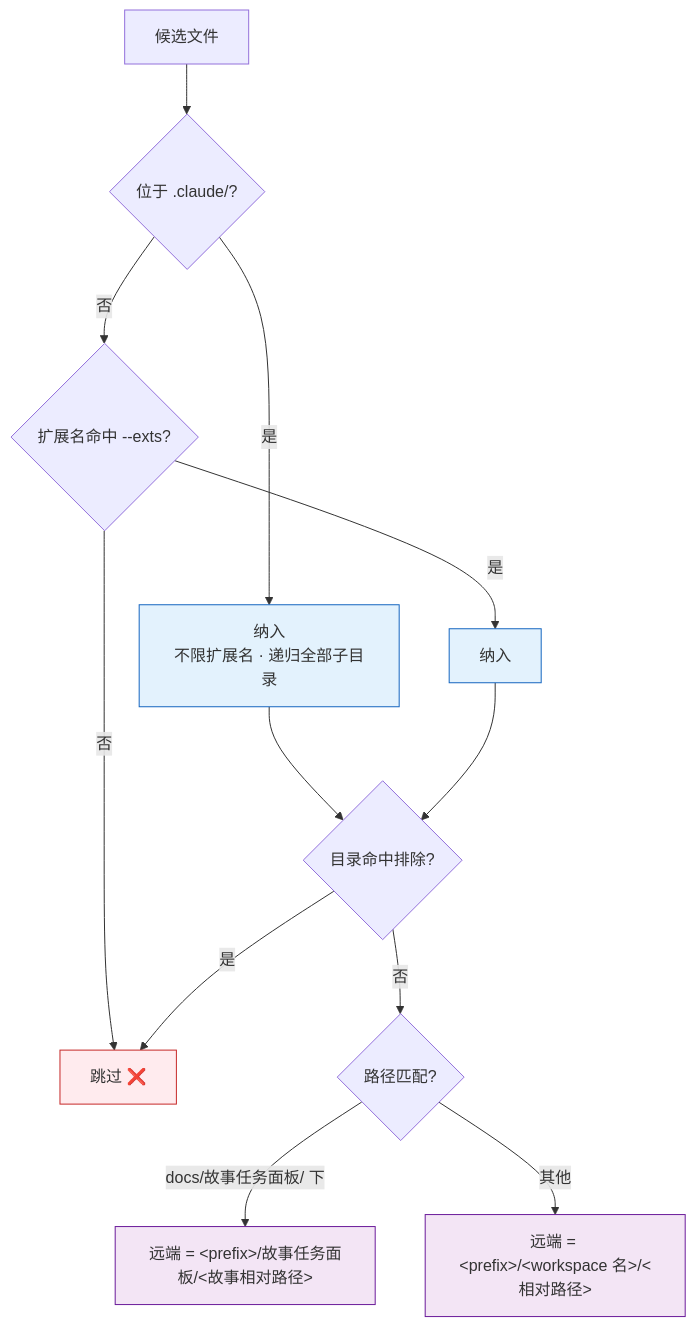
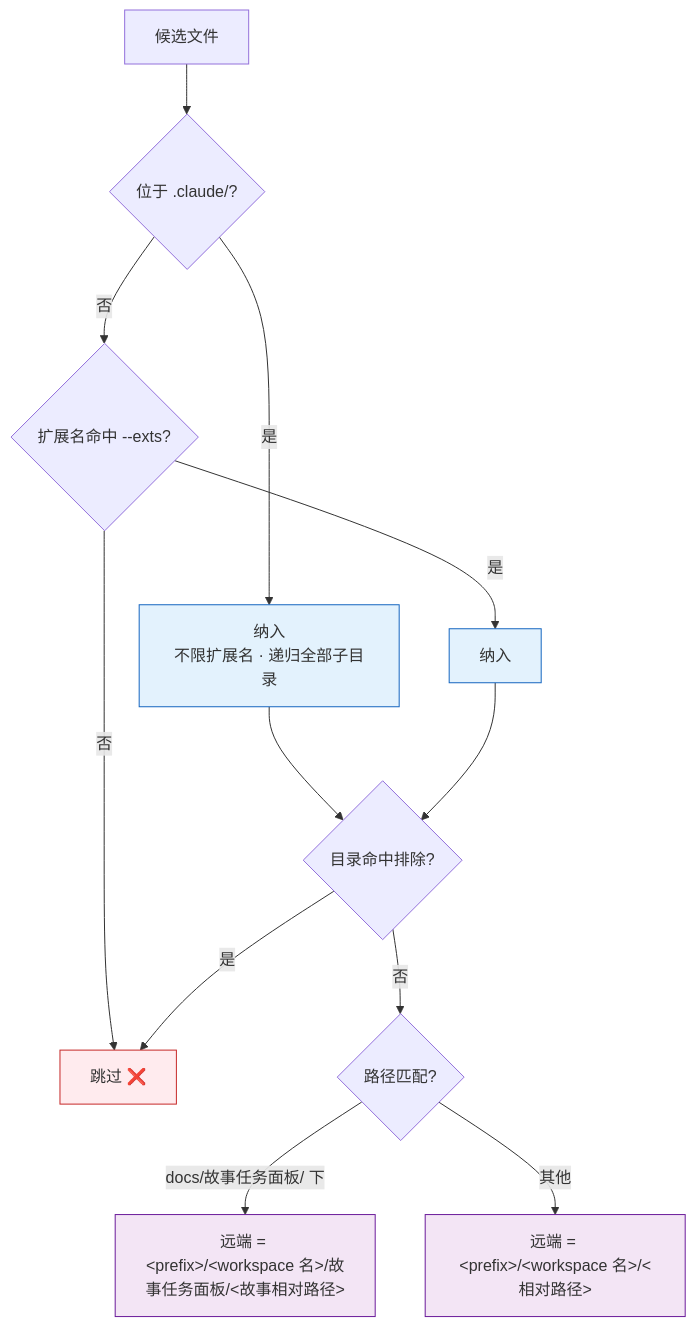
One commit to effiy/YrY changed the second of 8 diagrams in skills/import-docs/SKILL.md. Above: the diagram before and after it, drawn with Mermaid. The commit also changed other lines of this file and 2 other files, not shown here.

````diff
--- a/skills/import-docs/SKILL.md
+++ b/skills/import-docs/SKILL.md
@@ -56,17 +56,17 @@
 ```mermaid
 flowchart TD
     FILE["候选文件"] --> Q1{"位于 .claude/?"}
     Q1 -->|"是"| ALL["纳入<br/>不限扩展名 · 递归全部子目录"]:::rule
     Q1 -->|"否"| EXT{"扩展名命中 --exts?"}
     EXT -->|"是"| KEEP["纳入"]:::rule
     EXT -->|"否"| SKIP["跳过 ❌"]:::skip
     ALL & KEEP --> Q2{"目录命中排除?"}
     Q2 -->|"是"| SKIP
     Q2 -->|"否"| Q3{"路径匹配?"}
-    Q3 -->|"docs/故事任务面板/ 下"| PATH1["远端 = &lt;prefix&gt;/故事任务面板/&lt;故事相对路径&gt;"]:::path
+    Q3 -->|"docs/故事任务面板/ 下"| PATH1["远端 = &lt;prefix&gt;/&lt;workspace 名&gt;/故事任务面板/&lt;故事相对路径&gt;"]:::path
     Q3 -->|"其他"| PATH2["远端 = &lt;prefix&gt;/&lt;workspace 名&gt;/&lt;相对路径&gt;"]:::path
 
     classDef rule fill:#e3f2fd,stroke:#1565c0;
     classDef skip fill:#ffebee,stroke:#c62828;
     classDef path fill:#f3e5f5,stroke:#6a1b9a;
 ```
````
